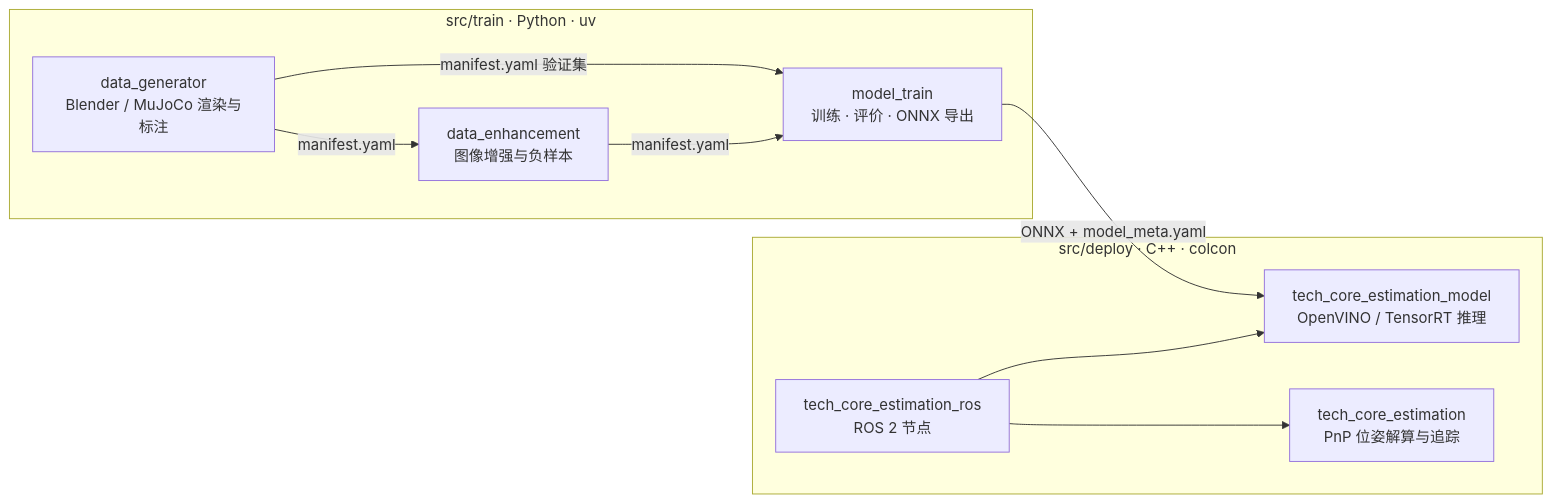
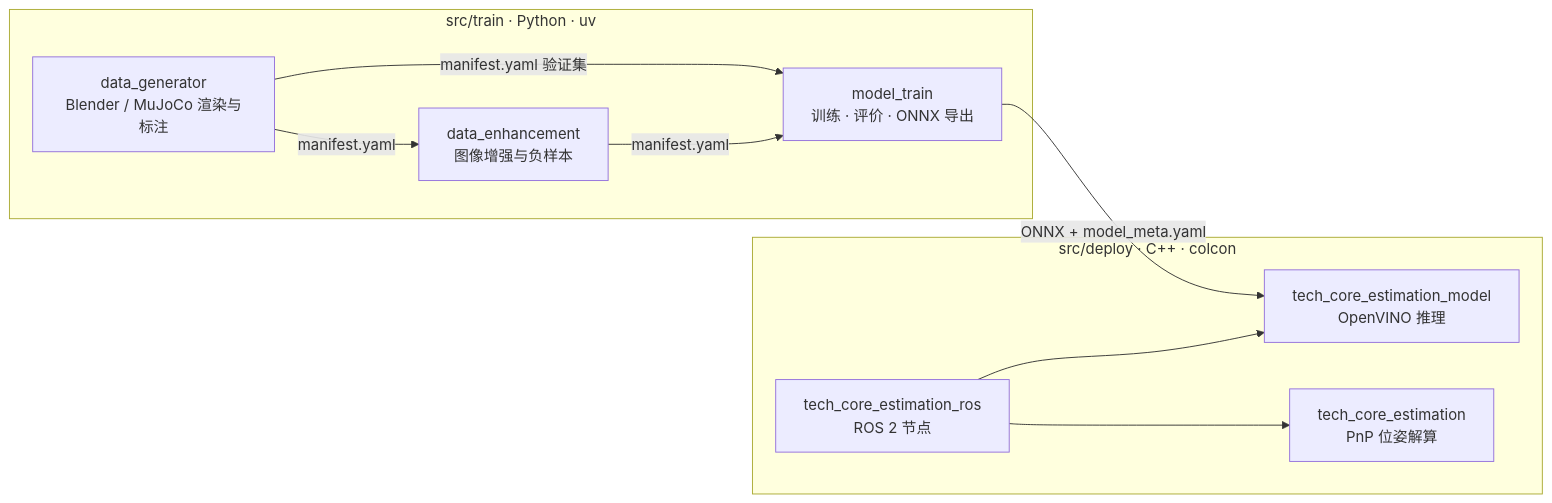
One commit to PnX-HKUSTGZ/rm_tech_core_estimation changed the diagram in Readme.md. Above: the diagram before and after it, drawn with Mermaid. The commit also changed other lines of this file and 19 other files, not shown here.

````diff
--- a/Readme.md
+++ b/Readme.md
@@ -9,16 +9,16 @@
 ```mermaid
 flowchart LR
     subgraph train [src/train · Python · uv]
         G[data_generator<br/>Blender / MuJoCo 渲染与标注] -->|manifest.yaml| E[data_enhancement<br/>图像增强与负样本]
         E -->|manifest.yaml| T[model_train<br/>训练 · 评价 · ONNX 导出]
         G -->|manifest.yaml 验证集| T
     end
     subgraph deploy [src/deploy · C++ · colcon]
-        M[tech_core_estimation_model<br/>OpenVINO / TensorRT 推理]
-        P[tech_core_estimation<br/>PnP 位姿解算与追踪]
+        M[tech_core_estimation_model<br/>OpenVINO 推理]
+        P[tech_core_estimation<br/>PnP 位姿解算]
         R[tech_core_estimation_ros<br/>ROS 2 节点]
         R --> M
         R --> P
     end
     T -->|ONNX + model_meta.yaml| M
 ```
````
